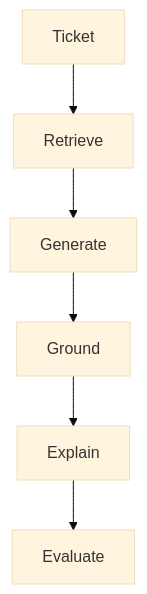
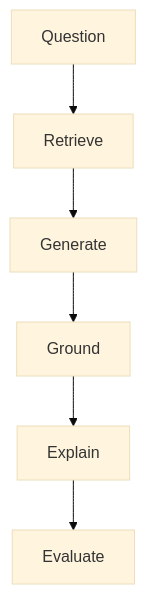
One commit to bee-honey/ai-support-ticket-resolver changed the seventh of 9 diagrams in docs/IMPLEMENTATION_GUIDE.md. Above: the diagram before and after it, drawn with Mermaid (base theme). The commit also changed other lines of this file, not shown here.

````diff
--- a/docs/IMPLEMENTATION_GUIDE.md
+++ b/docs/IMPLEMENTATION_GUIDE.md
@@ -576,8 +435,8 @@
 ```mermaid
 flowchart TD
-    A["Ticket"] --> B["Retrieve"]
+    A["Question"] --> B["Retrieve"]
     B --> C["Generate"]
     C --> D["Ground"]
     D --> E["Explain"]
     E --> F["Evaluate"]
 ```
````
